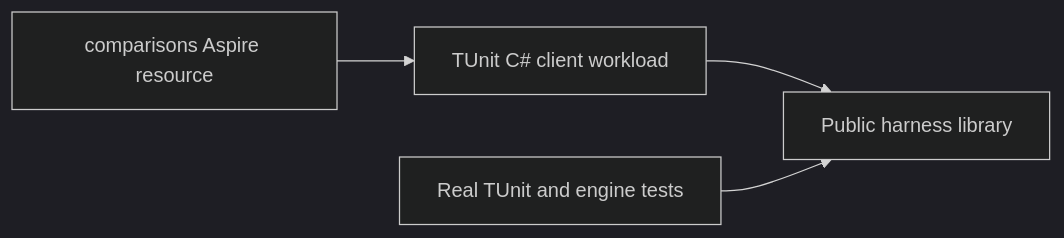
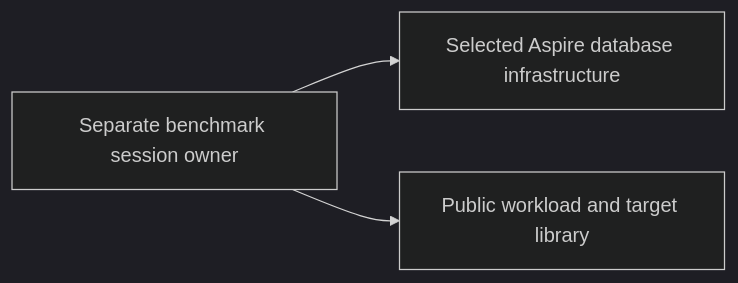
Before and after one commit to managedcode/KeyLoad: diagram 24 of 30 in docs/Architecture.md, drawn with Mermaid (dark theme). The commit also changed other lines of this file and 575 other files, not shown here.

````diff
--- a/docs/Architecture.md
+++ b/docs/Architecture.md
@@ -732,6 +732,5 @@
 ```mermaid
 flowchart LR
-    AppHost[comparisons Aspire resource] --> ComparisonHost[TUnit C# client workload]
-    ComparisonHost --> ComparisonLibrary[Public harness library]
-    ComparisonTests[Real TUnit and engine tests] --> ComparisonLibrary
+    ComparisonHost[Separate benchmark session owner] --> AppHost[Selected Aspire database infrastructure]
+    ComparisonHost --> ComparisonLibrary[Public workload and target library]
 ```
````
